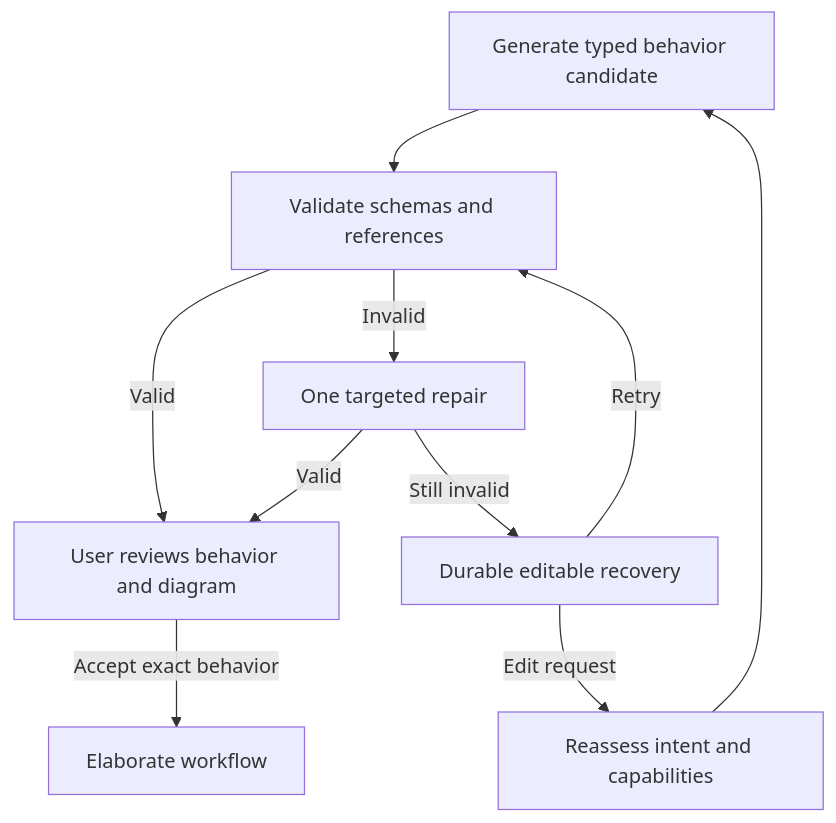
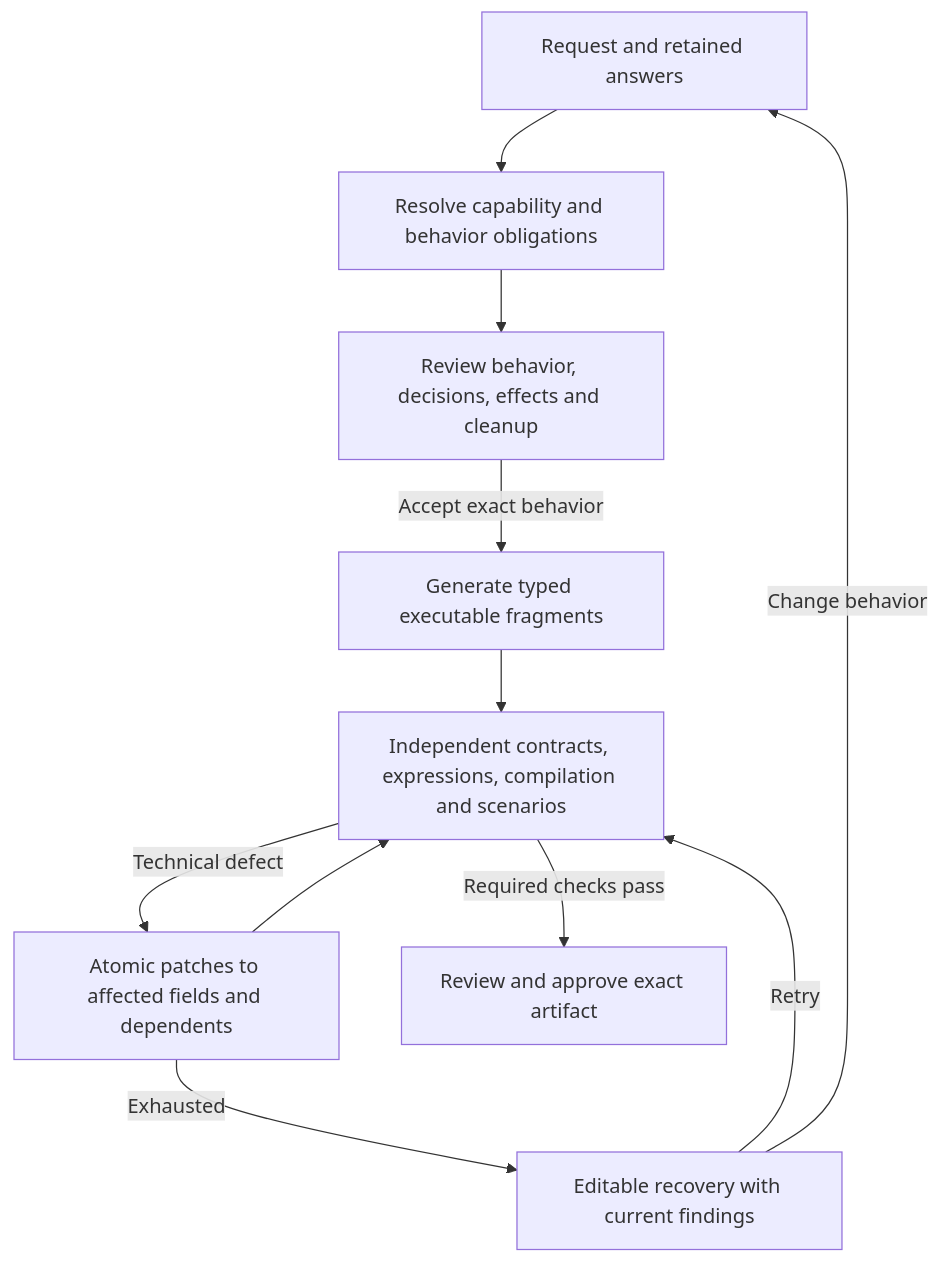
Before and after one commit to GnouGo/GnouGo: the fourth of 4 diagrams in docs/workflow-planning-v2.md, drawn with Mermaid. The commit also changed other lines of this file and 39 other files, not shown here.

Commit message:
Review typed behavior before executable workflow elaboration

````diff
--- a/docs/workflow-planning-v2.md
+++ b/docs/workflow-planning-v2.md
@@ -103,12 +102,13 @@
 ```mermaid
 flowchart TD
-  Candidate[Generate typed behavior candidate] --> Check[Validate schemas and references]
-  Check -->|Valid| Review[User reviews behavior and diagram]
-  Check -->|Invalid| Repair[One targeted repair]
-  Repair -->|Valid| Review
-  Repair -->|Still invalid| Recovery[Durable editable recovery]
-  Recovery -->|Retry| Check
-  Recovery -->|Edit request| Intent[Reassess intent and capabilities]
-  Intent --> Candidate
-  Review -->|Accept exact behavior| Elaborate[Elaborate workflow]
+  Intent[Request and retained answers] --> Contract[Resolve capability and behavior obligations]
+  Contract --> Review[Review behavior, decisions, effects and cleanup]
+  Review -->|Accept exact behavior| Build[Generate typed executable fragments]
+  Build --> Validate[Independent contracts, expressions, compilation and scenarios]
+  Validate -->|Technical defect| Patch[Atomic patches to affected fields and dependents]
+  Patch --> Validate
+  Validate -->|Required checks pass| Final[Review and approve exact artifact]
+  Patch -->|Exhausted| Recovery[Editable recovery with current findings]
+  Recovery -->|Retry| Validate
+  Recovery -->|Change behavior| Intent
 ```
````
